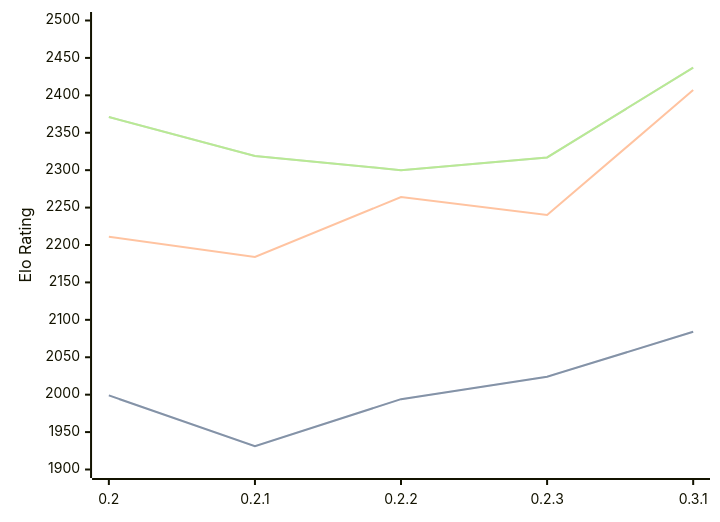
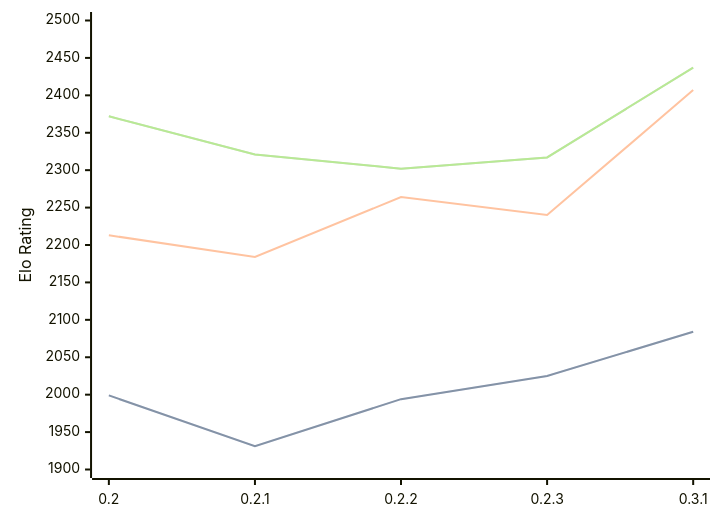
Before and after one commit to computer-chess-index/cci: the diagram in engines/Lolbot.md, drawn with Mermaid. The commit also changed other lines of this file, not shown here.

Commit message:
Update CCI Ratings (ELO VLTC) - 2026-09-14

````diff
--- a/engines/Lolbot.md
+++ b/engines/Lolbot.md
@@ -35,11 +35,11 @@
 ```mermaid
 %%{init: {"theme":"base","themeVariables":{"seriesColors:['#a3a3a3','#222221','#faa371']}}}%%
 xychart-beta
   x-axis ["0.2", "0.2.1", "0.2.2", "0.2.3", "0.3.1"]
   y-axis "Elo Rating" 1900 --> 2500
-  line "" [1999, 1931, 1994, 2024, 2084]
-  line "STC (8.0+0.08s)" [1999, 1931, 1994, 2024, 2084]
-  line "LTC (60.0+0.60s)" [2211, 2184, 2264, 2240, 2407]
-  line "" [2371, 2319, 2300, 2317, 2437]
-  line "VLTC (2m24s+1.12s)" [2371, 2319, 2300, 2317, 2437]
+  line "" [1999, 1931, 1994, 2025, 2084]
+  line "STC (8.0+0.08s)" [1999, 1931, 1994, 2025, 2084]
+  line "LTC (60.0+0.60s)" [2213, 2184, 2264, 2240, 2407]
+  line "" [2372, 2321, 2302, 2317, 2437]
+  line "VLTC (2m24s+1.12s)" [2372, 2321, 2302, 2317, 2437]
 ```
````
